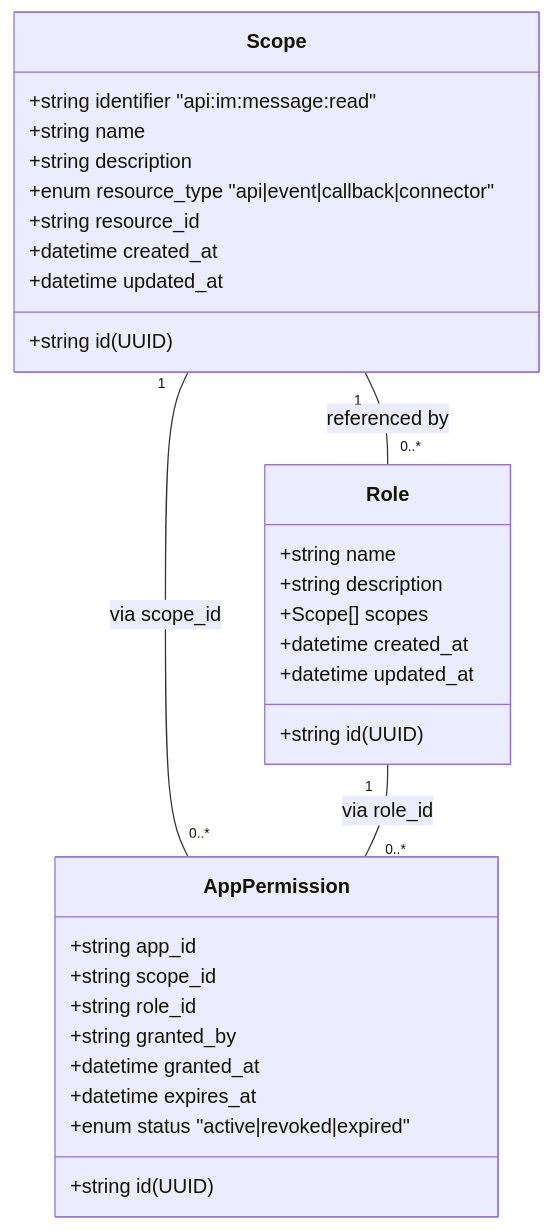
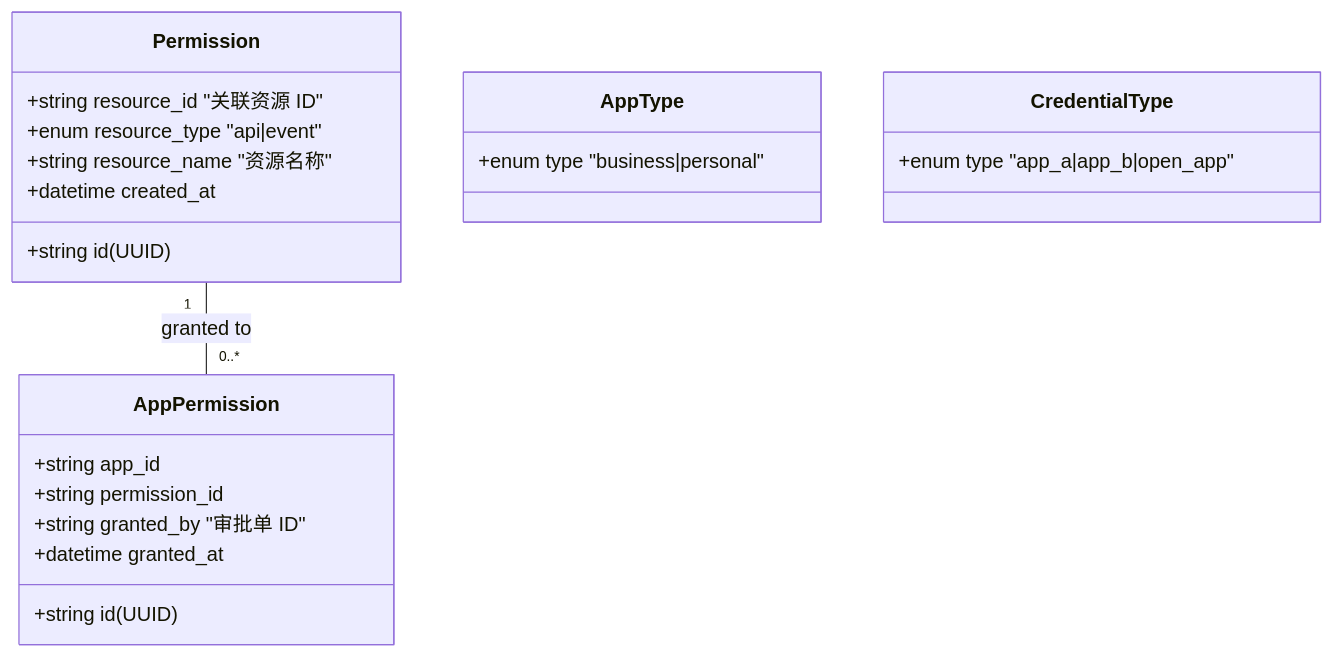
Before and after one commit to THZSummer/Product: the third of 6 diagrams in open-app/.sdd/specs-tree-root/specs-tree-capability-open-platform/spec.md, drawn with Mermaid. The commit also changed other lines of this file, not shown here.

````diff
--- a/open-app/.sdd/specs-tree-root/specs-tree-capability-open-platform/spec.md
+++ b/open-app/.sdd/specs-tree-root/specs-tree-capability-open-platform/spec.md
@@ -299,37 +299,28 @@
 ```mermaid
 classDiagram
-    class Scope {
+    class Permission {
         +string id (UUID)
-        +string identifier "api:im:message:read"
-        +string name
-        +string description
-        +enum resource_type "api|event|callback|connector"
-        +string resource_id
+        +string resource_id "关联资源 ID"
+        +enum resource_type "api|event"
+        +string resource_name "资源名称"
         +datetime created_at
-        +datetime updated_at
     }
     
-    class Role {
-        +string id (UUID)
-        +string name
-        +string description
-        +Scope[] scopes
-        +datetime created_at
-        +datetime updated_at
+    class AppType {
+        +enum type "business|personal"
+    }
+    
+    class CredentialType {
+        +enum type "app_a|app_b|open_app"
     }
     
     class AppPermission {
         +string id (UUID)
         +string app_id
-        +string scope_id
-        +string role_id
-        +string granted_by
+        +string permission_id
+        +string granted_by "审批单 ID"
         +datetime granted_at
-        +datetime expires_at
-        +enum status "active|revoked|expired"
     }
     
-    Scope "1" -- "0..*" Role : referenced by
-    Scope "1" -- "0..*" AppPermission : via scope_id
-    Role "1" -- "0..*" AppPermission : via role_id
+    Permission "1" -- "0..*" AppPermission : granted to
 ```
````
